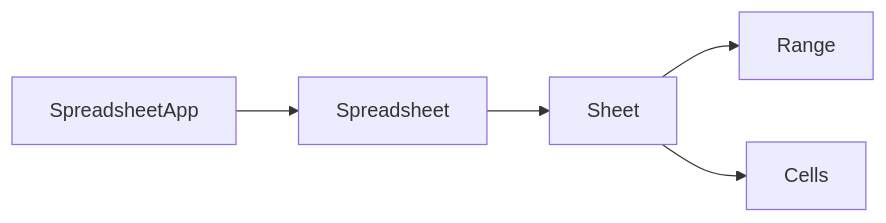
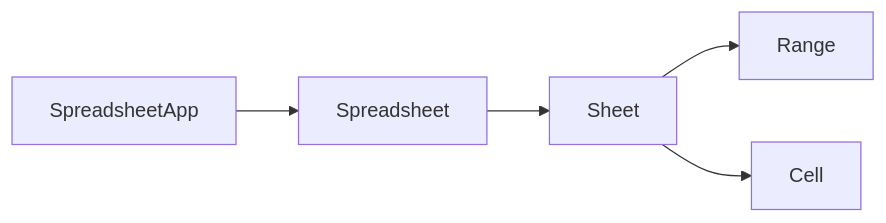
One commit to Cristishor201/google-apps-script-docs changed the diagram in Google Sheet/1. structura.md. Above: the diagram before and after it, drawn with Mermaid. The commit also changed other lines of this file and 27 other files, not shown here.

````diff
--- a/Google Sheet/1. structura.md
+++ b/Google Sheet/1. structura.md
@@ -5,7 +3,7 @@
 ```mermaid
 graph LR
     A[SpreadsheetApp] --> B[Spreadsheet]
     B --> C[Sheet]
     C --> D[Range]
-    C --> E[Cells]
+    C --> E[Cell]
 ```
````
